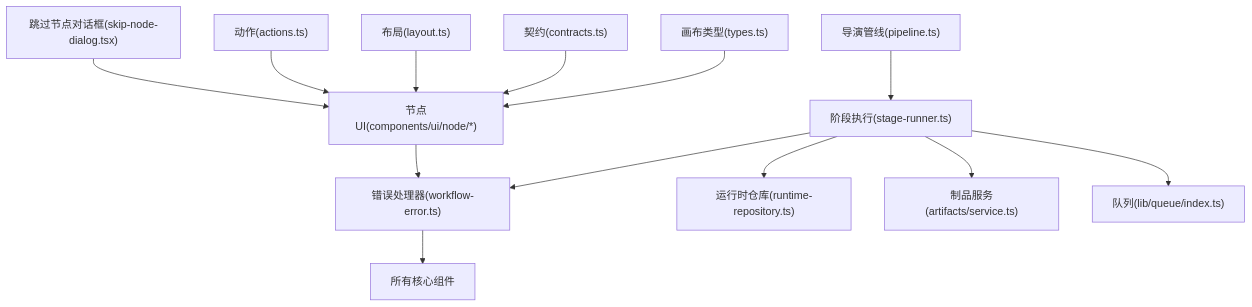
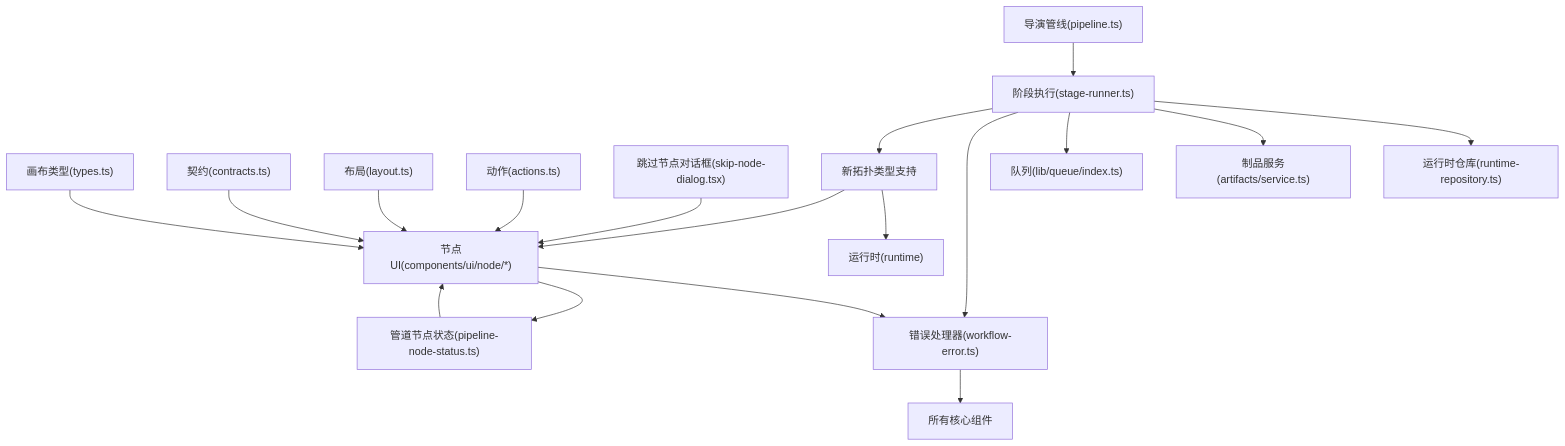
Diagram 16 of 16 in .qoder/repowiki/zh/content/画布编辑器/画布编辑器.md (scottcwy/PurpleInk), drawn with Mermaid before and after one commit. The commit also changed other lines of this file and 29 other files, not shown here.

````diff
--- a/.qoder/repowiki/zh/content/画布编辑器/画布编辑器.md
+++ b/.qoder/repowiki/zh/content/画布编辑器/画布编辑器.md
@@ -733,15 +847,20 @@
 ```mermaid
 graph TB
 Types["画布类型(types.ts)"] --> UI["节点UI(components/ui/node/*)"]
 Contracts["契约(contracts.ts)"] --> UI
 Layout["布局(layout.ts)"] --> UI
 Actions["动作(actions.ts)"] --> UI
 SkipDialog["跳过节点对话框(skip-node-dialog.tsx)"] --> UI
 ErrorHandler["错误处理器(workflow-error.ts)"] --> All["所有核心组件"]
+PipelineNodeStatus["管道节点状态(pipeline-node-status.ts)"] --> UI
+NewTopology["新拓扑类型支持"] --> Runtime["运行时(runtime)"]
+NewTopology --> UI
 Pipeline["导演管线(pipeline.ts)"] --> Runner["阶段执行(stage-runner.ts)"]
 Runner --> Repo["运行时仓库(runtime-repository.ts)"]
 Runner --> Artifacts["制品服务(artifacts/service.ts)"]
 Runner --> Queue["队列(lib/queue/index.ts)"]
 Runner --> ErrorHandler
+Runner --> NewTopology
 UI --> ErrorHandler
+UI --> PipelineNodeStatus
 ```
````
